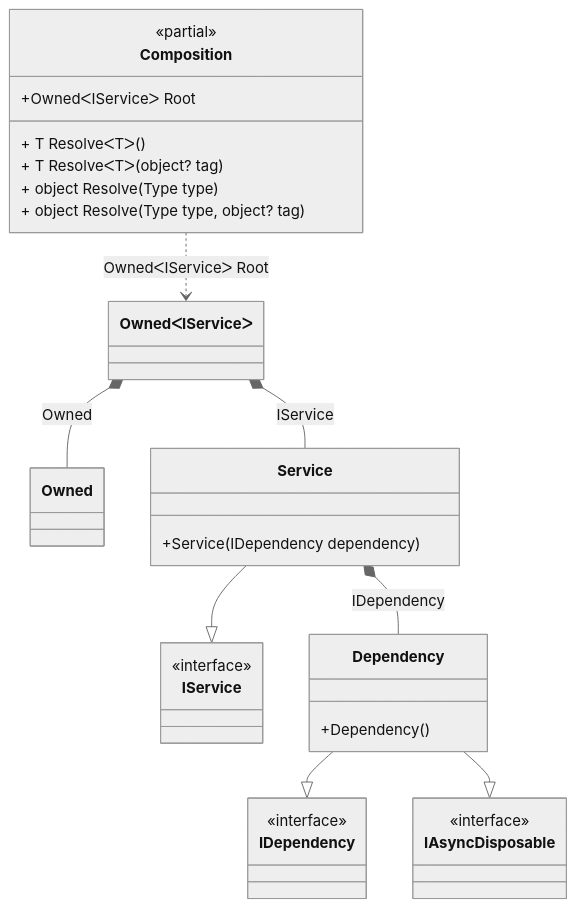
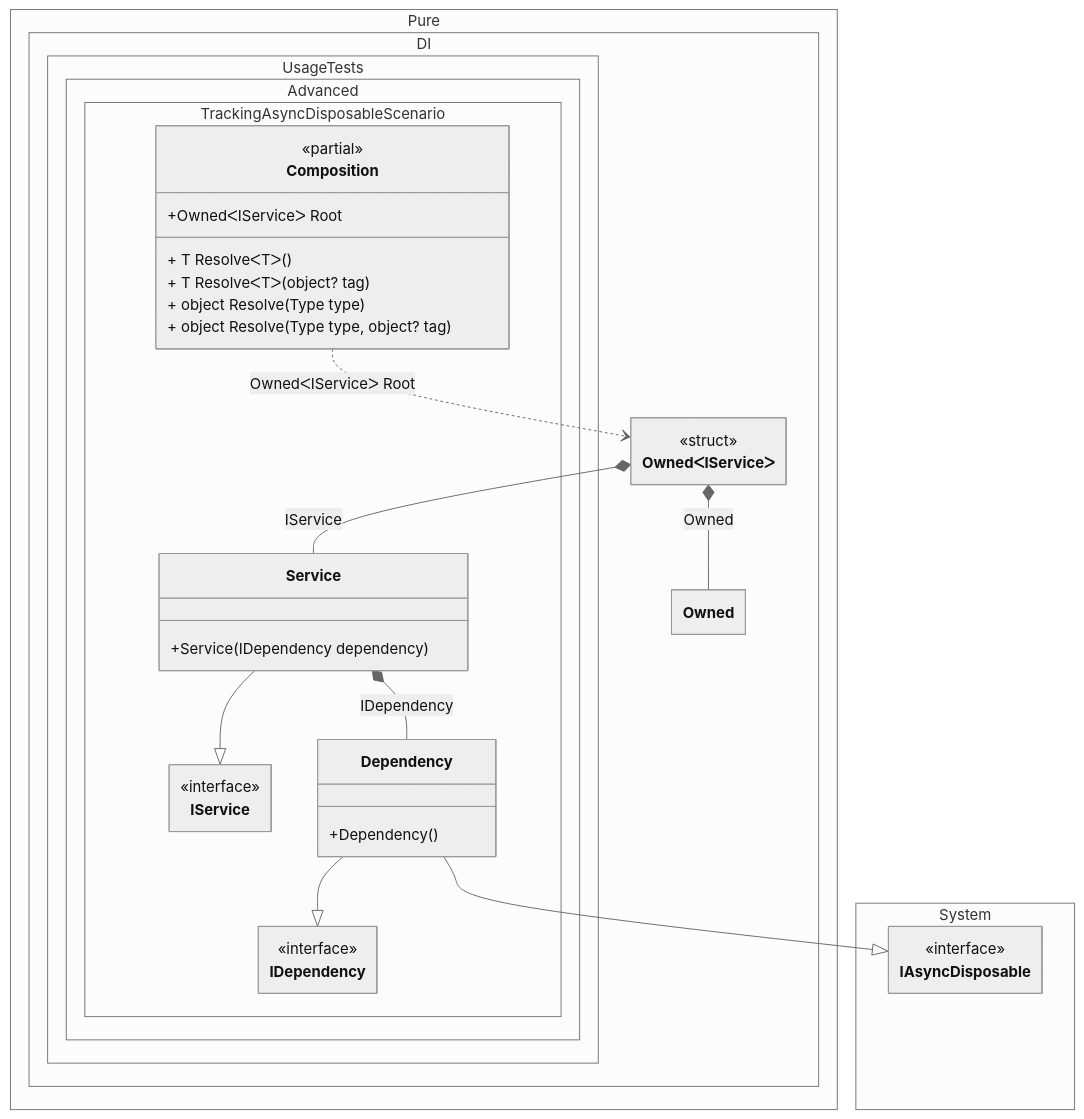
The diagram in readme/tracking-async-disposable-instances-per-a-composition-root.md (DevTeam/Pure.DI), drawn with Mermaid (neutral theme) before and after one commit. The commit also changed 103 other files, not shown here.

Commit message:
Improved class diagrams

````diff
--- a/readme/tracking-async-disposable-instances-per-a-composition-root.md
+++ b/readme/tracking-async-disposable-instances-per-a-composition-root.md
@@ -157,34 +157,49 @@
 ```mermaid
+---
+ config:
+  class:
+   hideEmptyMembersBox: true
+---
 classDiagram
-	class Composition {
+	Service --|> IService
+	Dependency --|> IDependency
+	Dependency --|> IAsyncDisposable
+	Composition ..> OwnedᐸIServiceᐳ : OwnedᐸIServiceᐳ Root
+	OwnedᐸIServiceᐳ *--  Owned : Owned
+	OwnedᐸIServiceᐳ *--  Service : IService
+	Service *--  Dependency : IDependency
+	namespace Pure.DI {
+		class Owned {
+		}
+		class OwnedᐸIServiceᐳ {
+			<<struct>>
+		}
+	}
+	namespace Pure.DI.UsageTests.Advanced.TrackingAsyncDisposableScenario {
+		class Composition {
 		<<partial>>
 		+OwnedᐸIServiceᐳ Root
 		+ T ResolveᐸTᐳ()
 		+ T ResolveᐸTᐳ(object? tag)
 		+ object Resolve(Type type)
 		+ object Resolve(Type type, object? tag)
+		}
+		class Dependency {
+			+Dependency()
+		}
+		class IDependency {
+			<<interface>>
+		}
+		class IService {
+			<<interface>>
+		}
+		class Service {
+			+Service(IDependency dependency)
+		}
 	}
-	class Owned
-	Service --|> IService
-	class Service {
-		+Service(IDependency dependency)
+	namespace System {
+		class IAsyncDisposable {
+			<<interface>>
+		}
 	}
-	Dependency --|> IDependency
-	Dependency --|> IAsyncDisposable
-	class Dependency {
-		+Dependency()
-	}
-	class IService {
-		<<interface>>
-	}
-	class IDependency {
-		<<interface>>
-	}
-	class IAsyncDisposable {
-		<<interface>>
-	}
-	Composition ..> OwnedᐸIServiceᐳ : OwnedᐸIServiceᐳ Root
-	OwnedᐸIServiceᐳ *--  Owned : Owned
-	OwnedᐸIServiceᐳ *--  Service : IService
-	Service *--  Dependency : IDependency
 ```
````
